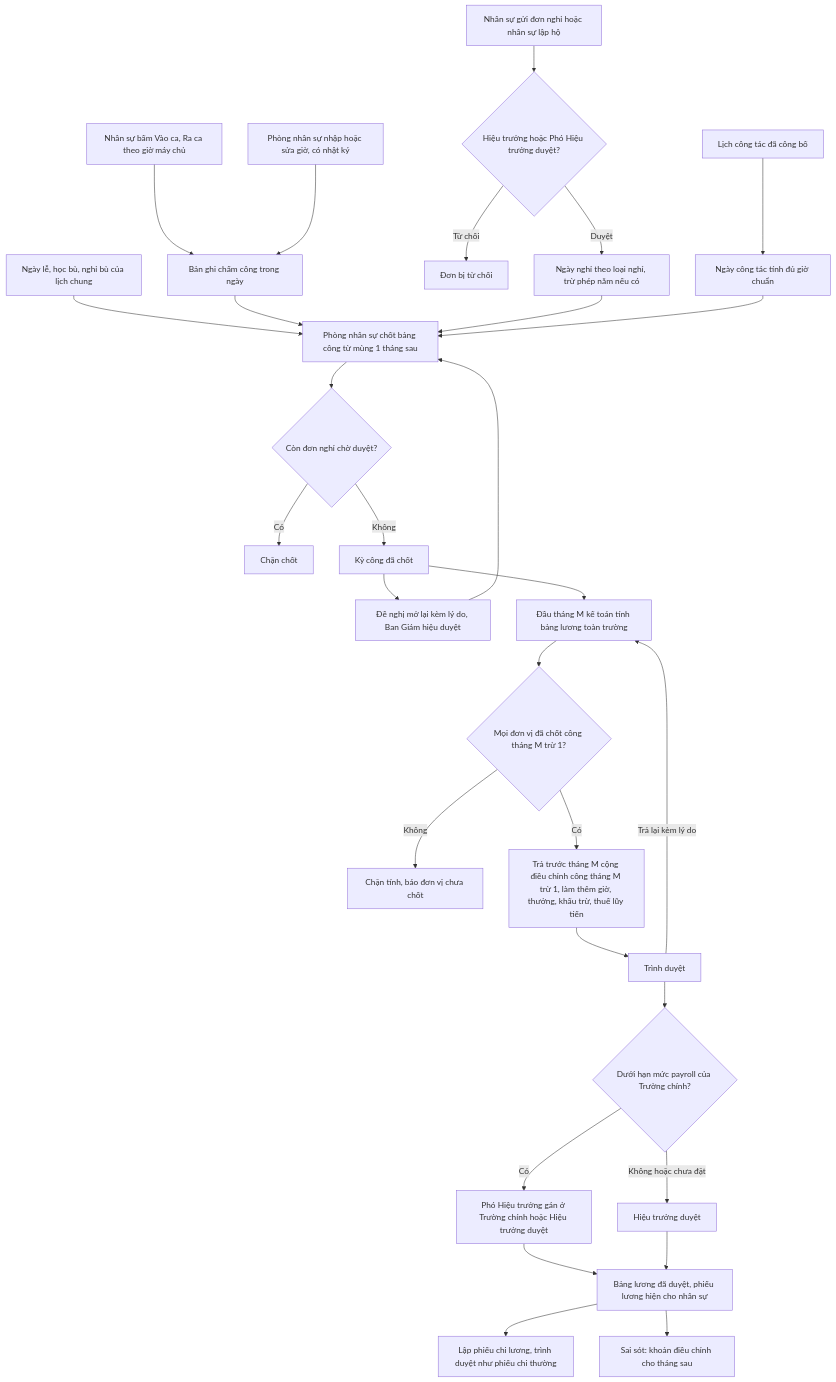
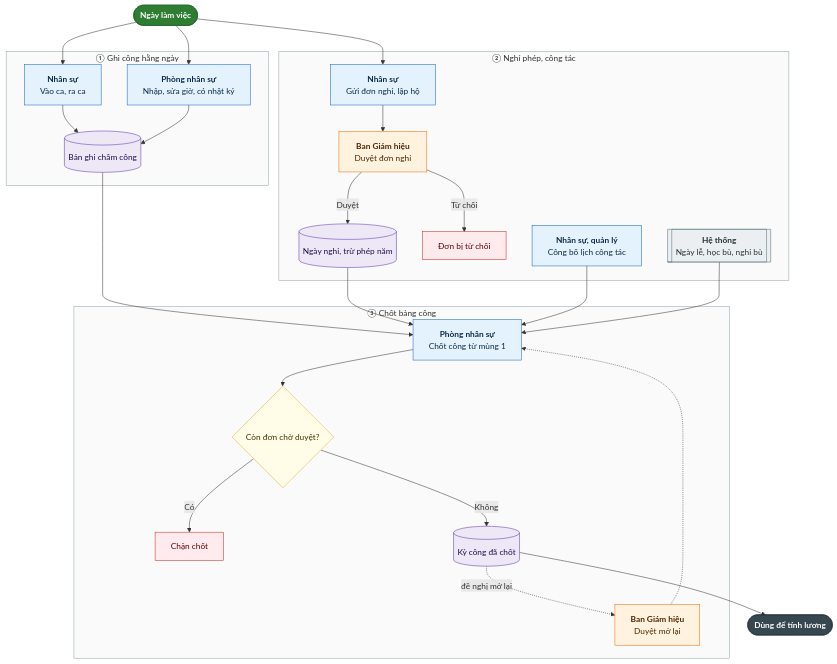
One commit to luckyshopvn/school_management changed the sixth of 12 diagrams in tai_lieu/34_TONG_HOP_CHUC_NANG_HE_THONG/05_TAI_CHINH_NHAN_SU_HAU_CAN.md. Above: the diagram before and after it, drawn with Mermaid. The commit also changed other lines of this file and 8 other files, not shown here.

First line of the commit message:
Tài liệu 34: vẽ lại toàn bộ sơ đồ cho trực quan, thêm bản PDF gộp

````diff
--- a/tai_lieu/34_TONG_HOP_CHUC_NANG_HE_THONG/05_TAI_CHINH_NHAN_SU_HAU_CAN.md
+++ b/tai_lieu/34_TONG_HOP_CHUC_NANG_HE_THONG/05_TAI_CHINH_NHAN_SU_HAU_CAN.md
@@ -570,31 +690,61 @@
 ```mermaid
 flowchart TD
-  A["Nhân sự bấm Vào ca, Ra ca theo giờ máy chủ"] --> C["Bản ghi chấm công trong ngày"]
-  B["Phòng nhân sự nhập hoặc sửa giờ, có nhật ký"] --> C
-  D["Nhân sự gửi đơn nghỉ hoặc nhân sự lập hộ"] --> E{"Hiệu trưởng hoặc Phó Hiệu trưởng duyệt?"}
-  E -->|"Duyệt"| F["Ngày nghỉ theo loại nghỉ, trừ phép năm nếu có"]
-  E -->|"Từ chối"| G["Đơn bị từ chối"]
-  H["Lịch công tác đã công bố"] --> I["Ngày công tác tính đủ giờ chuẩn"]
-  J["Ngày lễ, học bù, nghỉ bù của lịch chung"] --> K
-  C --> K["Phòng nhân sự chốt bảng công từ mùng 1 tháng sau"]
-  F --> K
-  I --> K
-  K --> L{"Còn đơn nghỉ chờ duyệt?"}
-  L -->|"Có"| X["Chặn chốt"]
-  L -->|"Không"| M["Kỳ công đã chốt"]
-  M --> N["Đề nghị mở lại kèm lý do, Ban Giám hiệu duyệt"]
-  N --> K
-  M --> O["Đầu tháng M kế toán tính bảng lương toàn trường"]
-  O --> P{"Mọi đơn vị đã chốt công tháng M trừ 1?"}
-  P -->|"Không"| Y["Chặn tính, báo đơn vị chưa chốt"]
-  P -->|"Có"| Q["Trả trước tháng M cộng điều chỉnh công tháng M trừ 1, làm thêm giờ, thưởng, khấu trừ, thuế lũy tiến"]
-  Q --> R["Trình duyệt"]
-  R --> S{"Dưới hạn mức payroll của Trường chính?"}
-  S -->|"Có"| T["Phó Hiệu trưởng gán ở Trường chính hoặc Hiệu trưởng duyệt"]
-  S -->|"Không hoặc chưa đặt"| U["Hiệu trưởng duyệt"]
-  T --> V["Bảng lương đã duyệt, phiếu lương hiện cho nhân sự"]
-  U --> V
-  R -->|"Trả lại kèm lý do"| O
-  V --> W["Lập phiếu chi lương, trình duyệt như phiếu chi thường"]
-  V --> Z["Sai sót: khoản điều chỉnh cho tháng sau"]
+  classDef batdau fill:#2e7d32,stroke:#1b5e20,color:#ffffff,font-weight:bold
+  classDef ketthuc fill:#37474f,stroke:#263238,color:#ffffff,font-weight:bold
+  classDef nguoi fill:#e3f2fd,stroke:#1565c0,color:#0d2a4a
+  classDef heth fill:#eceff1,stroke:#546e7a,color:#263238
+  classDef duyet fill:#fff3e0,stroke:#ef6c00,color:#4e2600
+  classDef hoi fill:#fffde7,stroke:#f9a825,color:#3e2f00
+  classDef bao fill:#fce4ec,stroke:#ad1457,color:#4a0020
+  classDef chan fill:#ffebee,stroke:#c62828,color:#5f0000
+  classDef dulieu fill:#ede7f6,stroke:#5e35b1,color:#1f0f4d
+
+  S(["Ngày làm việc"]):::batdau
+
+  subgraph P1["① Ghi công hằng ngày"]
+    A1["<b>Nhân sự</b><br/>Vào ca, ra ca"]:::nguoi
+    A2["<b>Phòng nhân sự</b><br/>Nhập, sửa giờ, có nhật ký"]:::nguoi
+    A3[("Bản ghi chấm công")]:::dulieu
+    A1 --> A3
+    A2 --> A3
+  end
+
+  subgraph P2["② Nghỉ phép, công tác"]
+    B1["<b>Nhân sự</b><br/>Gửi đơn nghỉ, lập hộ"]:::nguoi
+    B2["<b>Ban Giám hiệu</b><br/>Duyệt đơn nghỉ"]:::duyet
+    B3[("Ngày nghỉ, trừ phép năm")]:::dulieu
+    B4["Đơn bị từ chối"]:::chan
+    B5["<b>Nhân sự, quản lý</b><br/>Công bố lịch công tác"]:::nguoi
+    B6[["<b>Hệ thống</b><br/>Ngày lễ, học bù, nghỉ bù"]]:::heth
+    B1 --> B2
+    B2 -->|"Duyệt"| B3
+    B2 -->|"Từ chối"| B4
+  end
+
+  subgraph P3["③ Chốt bảng công"]
+    C1["<b>Phòng nhân sự</b><br/>Chốt công từ mùng 1"]:::nguoi
+    C2{"Còn đơn chờ duyệt?"}:::hoi
+    C3["Chặn chốt"]:::chan
+    C4[("Kỳ công đã chốt")]:::dulieu
+    C5["<b>Ban Giám hiệu</b><br/>Duyệt mở lại"]:::duyet
+    C1 --> C2
+    C2 -->|"Có"| C3
+    C2 -->|"Không"| C4
+    C4 -.->|"đề nghị mở lại"| C5 -.-> C1
+  end
+
+  K(["Dùng để tính lương"]):::ketthuc
+
+  S --> A1
+  S --> A2
+  S --> B1
+  A3 --> C1
+  B3 --> C1
+  B5 --> C1
+  B6 --> C1
+  C4 --> K
+
+  style P1 fill:#fafafa,stroke:#90a4ae
+  style P2 fill:#fafafa,stroke:#90a4ae
+  style P3 fill:#fafafa,stroke:#90a4ae
 ```
````
